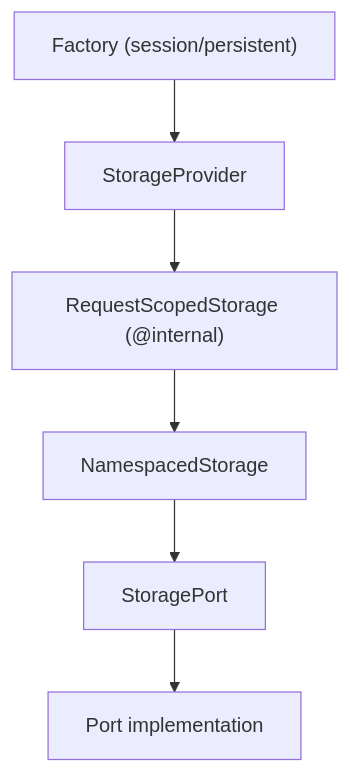
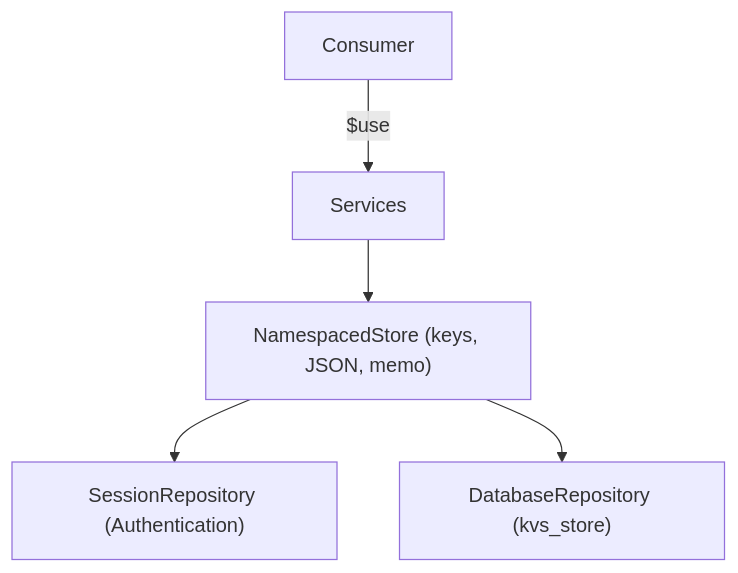
The diagram in components/ILIAS/KeyValueStorage/README.md (ILIAS-eLearning/ILIAS), drawn with Mermaid before and after one commit. The commit also changed other lines of this file and 77 other files, not shown here.

````diff
--- a/components/ILIAS/KeyValueStorage/README.md
+++ b/components/ILIAS/KeyValueStorage/README.md
@@ -455,15 +135,7 @@
 ```mermaid
 flowchart TB
-    Factory["Factory (session/persistent)"]
-    Provider["StorageProvider"]
-    RQS["RequestScopedStorage (@internal)"]
-    NS["NamespacedStorage"]
-    Port["StoragePort"]
-    Impl["Port implementation"]
-
-    Factory --> Provider
-    Provider --> RQS
-    RQS --> NS
-    NS --> Port
-    Port --> Impl
+    C["Consumer"] -->|"$use"| S["Services"]
+    S --> ST["NamespacedStore (keys, JSON, memo)"]
+    ST --> SR["SessionRepository (Authentication)"]
+    ST --> DR["DatabaseRepository (kvs_store)"]
 ```
````
